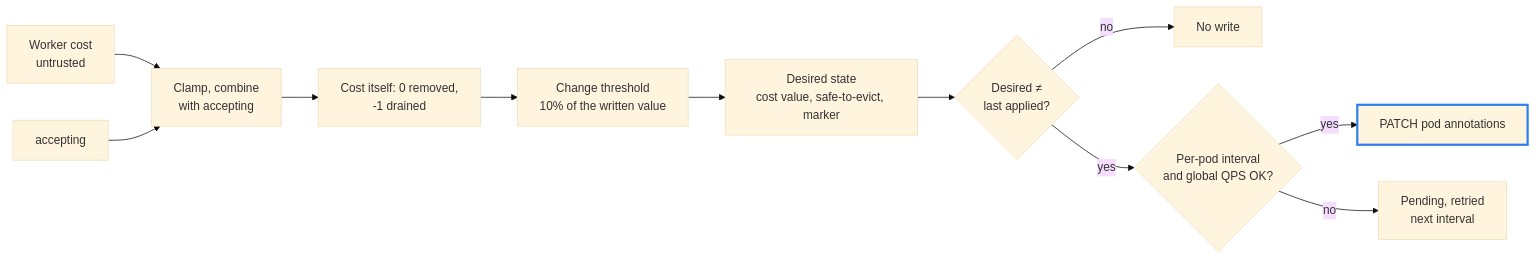
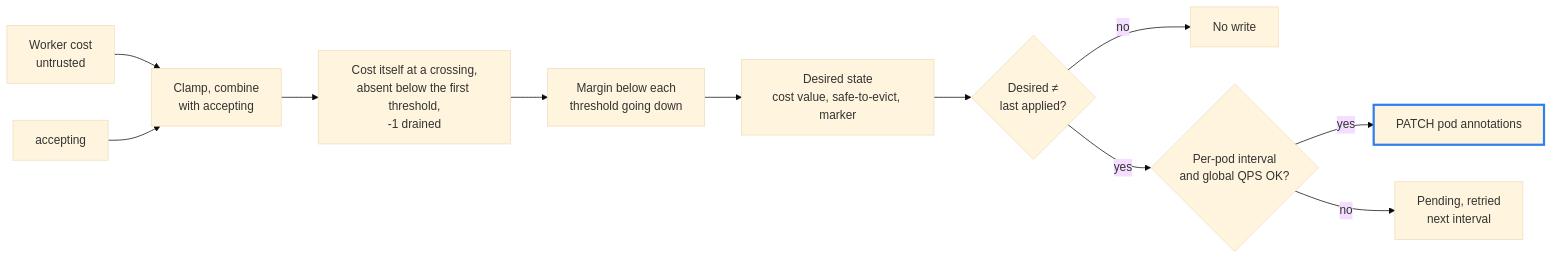
Before and after one commit to steven-cutting/knarr: the seventh of 10 diagrams in docs/OVERVIEW.md, drawn with Mermaid (base theme). The commit also changed other lines of this file and 12 other files, not shown here.

First line of the commit message:
Replace the change threshold with cost thresholds for ticket 20

````diff
--- a/docs/OVERVIEW.md
+++ b/docs/OVERVIEW.md
@@ -369,14 +369,14 @@
 ```mermaid
 flowchart LR
     C["Worker cost<br/>untrusted"] --> CL["Clamp, combine<br/>with accepting"]
     ACC[accepting] --> CL
-    CL --> B["Cost itself: 0 removed,<br/>-1 drained"]
-    B --> H["Change threshold<br/>10% of the written value"]
+    CL --> B["Cost itself at a crossing,<br/>absent below the first threshold,<br/>-1 drained"]
+    B --> H["Margin below each<br/>threshold going down"]
     H --> DS["Desired state<br/>cost value, safe-to-evict, marker"]
     DS --> Q{"Desired ≠<br/>last applied?"}
     Q -- "no" --> NW[No write]
     Q -- "yes" --> RL{"Per-pod interval<br/>and global QPS OK?"}
     RL -- "yes" --> P[PATCH pod annotations]:::knarr
     RL -- "no" --> PEND["Pending, retried<br/>next interval"]
     classDef knarr stroke:#2f80ed,stroke-width:3px
 ```
````
